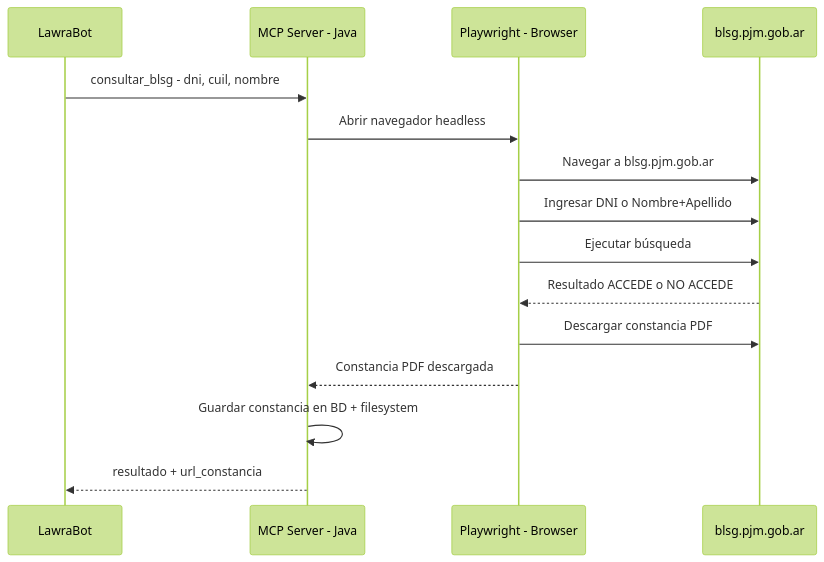
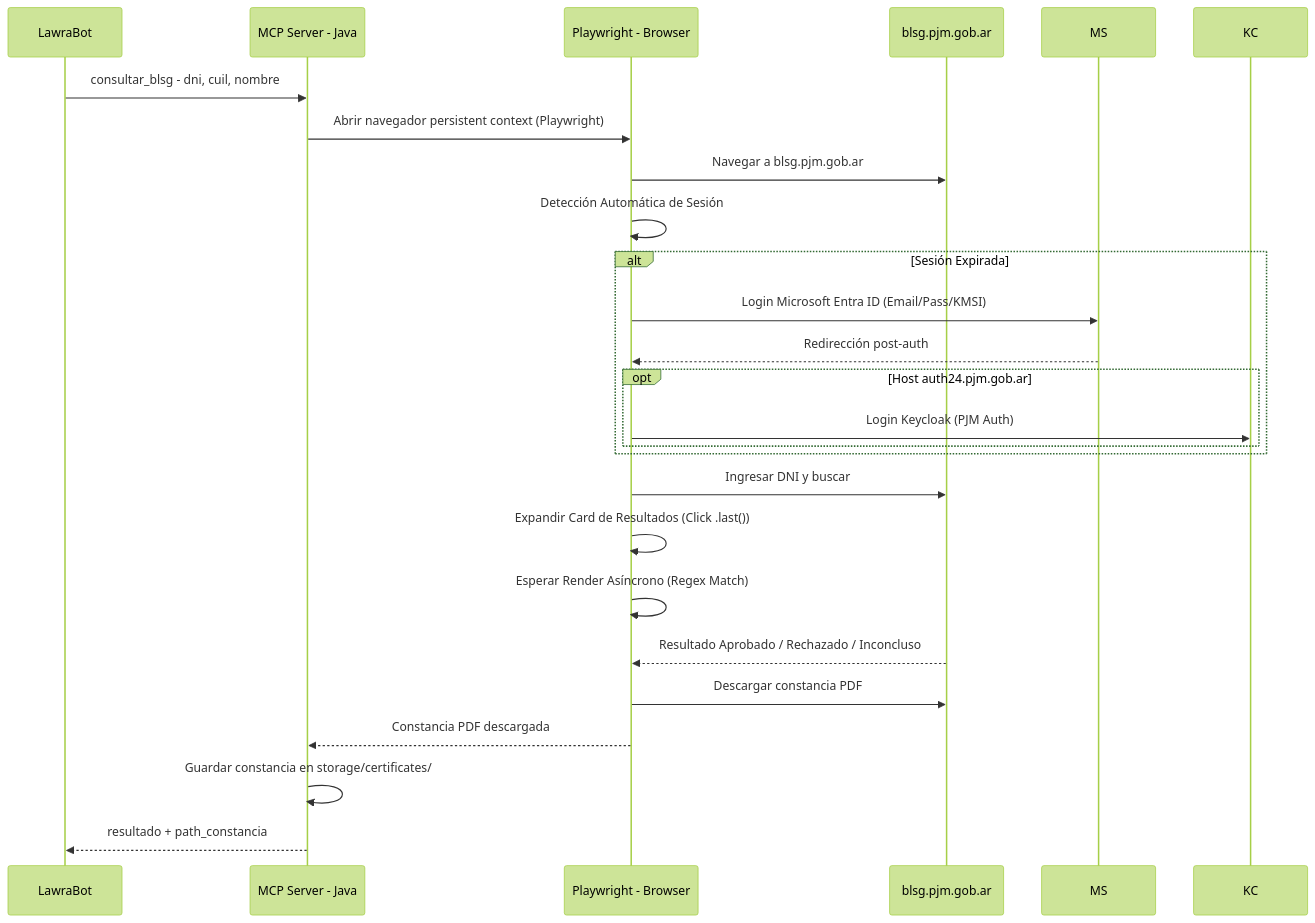
Before and after one commit to Evincere/lawrabot: the fourth of 4 diagrams in TechSpecs.md, drawn with Mermaid (forest theme). The commit also changed other lines of this file and 2 other files, not shown here.

Commit message:
feat: implementacion robusta de scraper BLSG con auth federada (MS/Keycloak) y validacion RegEx

````diff
--- a/TechSpecs.md
+++ b/TechSpecs.md
@@ -261,18 +259,27 @@
 ```mermaid
 sequenceDiagram
     participant Bot as LawraBot
     participant MCP as MCP Server - Java
     participant PW as Playwright - Browser
     participant BLSG as blsg.pjm.gob.ar
 
     Bot->>MCP: consultar_blsg - dni, cuil, nombre
-    MCP->>PW: Abrir navegador headless
+    MCP->>PW: Abrir navegador persistent context (Playwright)
     PW->>BLSG: Navegar a blsg.pjm.gob.ar
-    PW->>BLSG: Ingresar DNI o Nombre+Apellido
-    PW->>BLSG: Ejecutar búsqueda
-    BLSG-->>PW: Resultado ACCEDE o NO ACCEDE
+    PW->>PW: Detección Automática de Sesión
+    alt Sesión Expirada
+        PW->>MS: Login Microsoft Entra ID (Email/Pass/KMSI)
+        MS-->>PW: Redirección post-auth
+        opt Host auth24.pjm.gob.ar
+            PW->>KC: Login Keycloak (PJM Auth)
+        end
+    end
+    PW->>BLSG: Ingresar DNI y buscar
+    PW->>PW: Expandir Card de Resultados (Click .last())
+    PW->>PW: Esperar Render Asíncrono (Regex Match)
+    BLSG-->>PW: Resultado Aprobado / Rechazado / Inconcluso
     PW->>BLSG: Descargar constancia PDF
     PW-->>MCP: Constancia PDF descargada
-    MCP->>MCP: Guardar constancia en BD + filesystem
-    MCP-->>Bot: resultado + url_constancia
+    MCP->>MCP: Guardar constancia en storage/certificates/
+    MCP-->>Bot: resultado + path_constancia
 ```
````
